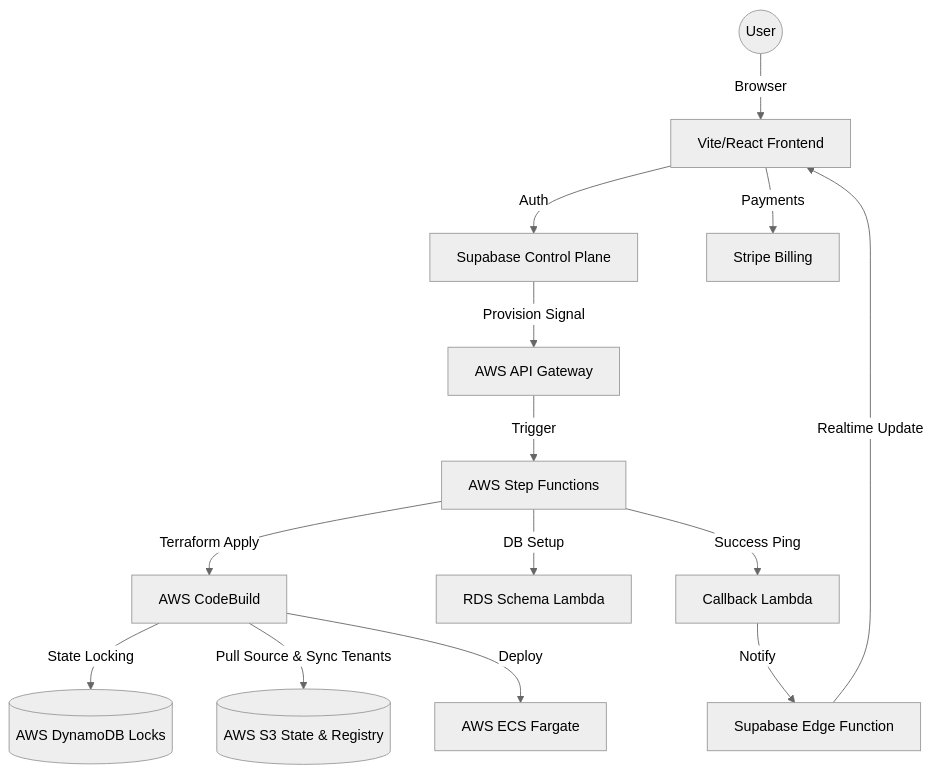
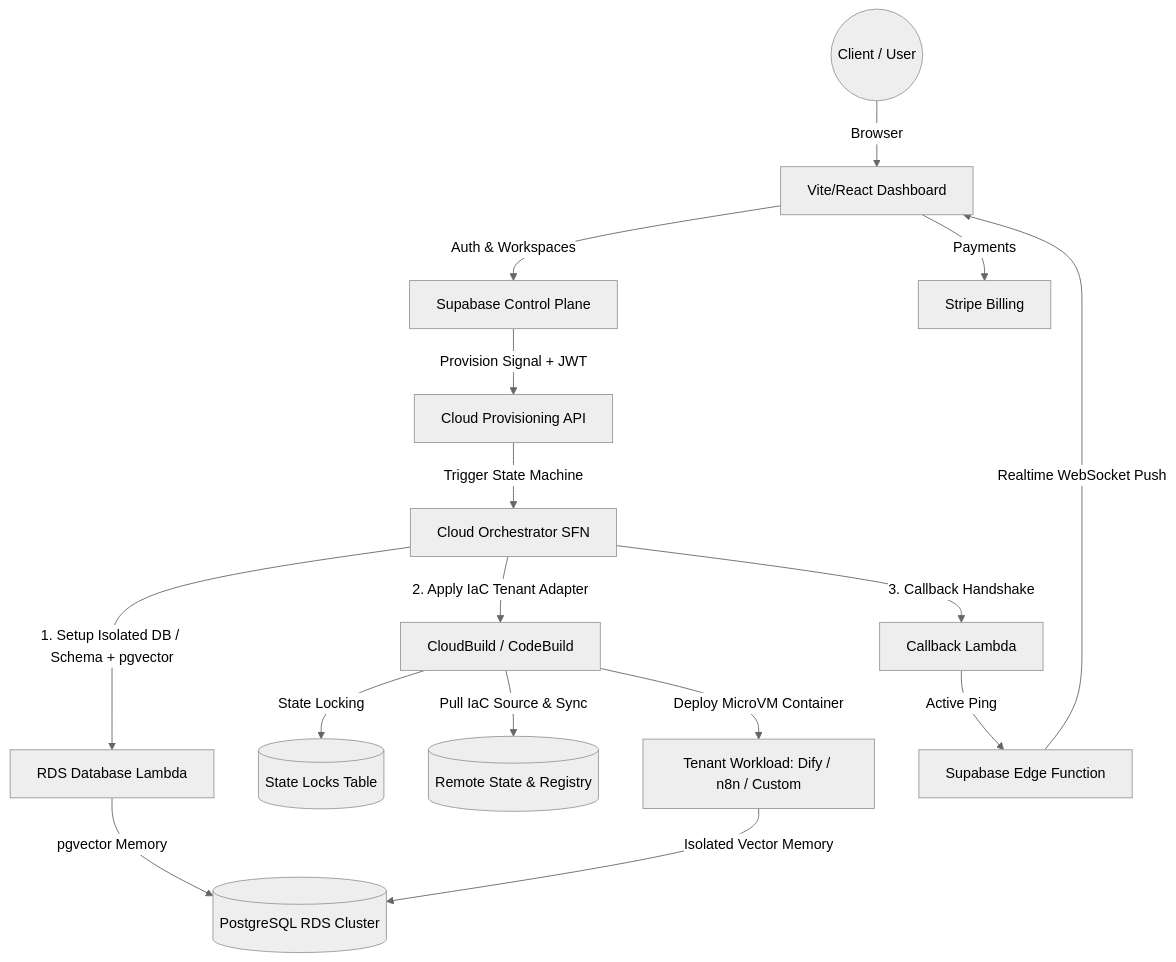
One commit to BLYMO/blymo-spinout changed the diagram in ARCHITECTURE.md. Above: the diagram before and after it, drawn with Mermaid (neutral theme). The commit also changed other lines of this file and 3 other files, not shown here.

Commit message:
feat(agents): expand platform into multi-tenant multi-cloud orchestrator for AI agents with pgvector & Dify adapter

````diff
--- a/ARCHITECTURE.md
+++ b/ARCHITECTURE.md
@@ -11,19 +12,23 @@
 ```mermaid
 graph TD
-    User((User)) -->|Browser| Frontend[Vite/React Frontend]
-    Frontend -->|Auth| Supabase[Supabase Control Plane]
+    User((Client / User)) -->|Browser| Frontend[Vite/React Dashboard]
+    Frontend -->|Auth & Workspaces| Supabase[Supabase Control Plane]
     Frontend -->|Payments| Stripe[Stripe Billing]
     
-    Supabase -->|Provision Signal| APIGW[AWS API Gateway]
-    APIGW -->|Trigger| SFN[AWS Step Functions]
+    Supabase -->|Provision Signal + JWT| APIGW[Cloud Provisioning API]
+    APIGW -->|Trigger State Machine| SFN[Cloud Orchestrator SFN]
     
-    SFN -->|Terraform Apply| CB[AWS CodeBuild]
-    SFN -->|DB Setup| LambdaDB[RDS Schema Lambda]
-    SFN -->|Success Ping| LambdaNotify[Callback Lambda]
+    SFN -->|1. Setup Isolated DB / Schema + pgvector| LambdaDB[RDS Database Lambda]
+    SFN -->|2. Apply IaC Tenant Adapter| CB[CloudBuild / CodeBuild]
+    SFN -->|3. Callback Handshake| LambdaNotify[Callback Lambda]
     
-    CB -->|State Locking| DDB[(AWS DynamoDB Locks)]
-    CB -->|Pull Source & Sync Tenants| S3[(AWS S3 State & Registry)]
-    CB -->|Deploy| ECS[AWS ECS Fargate]
-    LambdaNotify -->|Notify| EdgeFunc[Supabase Edge Function]
-    EdgeFunc -->|Realtime Update| Frontend
+    CB -->|State Locking| DDB[(State Locks Table)]
+    CB -->|Pull IaC Source & Sync| S3[(Remote State & Registry)]
+    CB -->|Deploy MicroVM Container| MicroVM[Tenant Workload: Dify / n8n / Custom]
+    
+    LambdaDB -->|pgvector Memory| RDS[(PostgreSQL RDS Cluster)]
+    MicroVM -->|Isolated Vector Memory| RDS
+    
+    LambdaNotify -->|Active Ping| EdgeFunc[Supabase Edge Function]
+    EdgeFunc -->|Realtime WebSocket Push| Frontend
 ```
````
